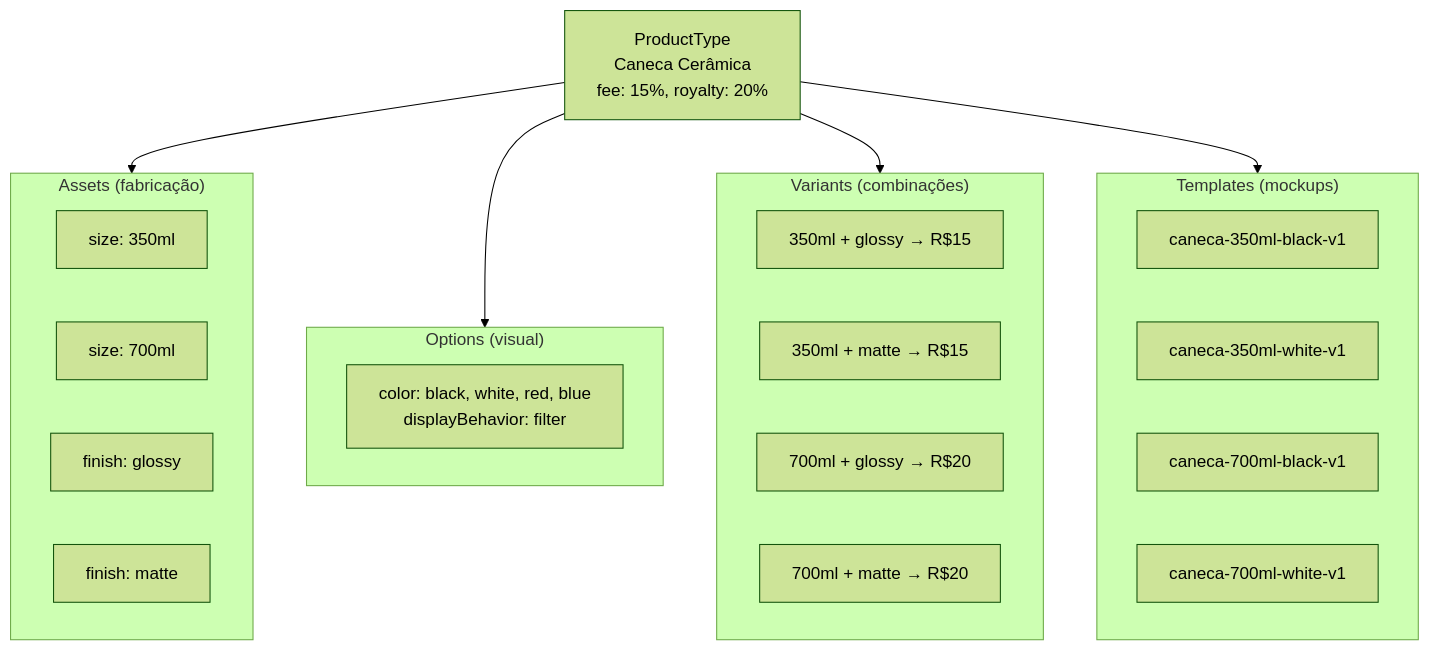
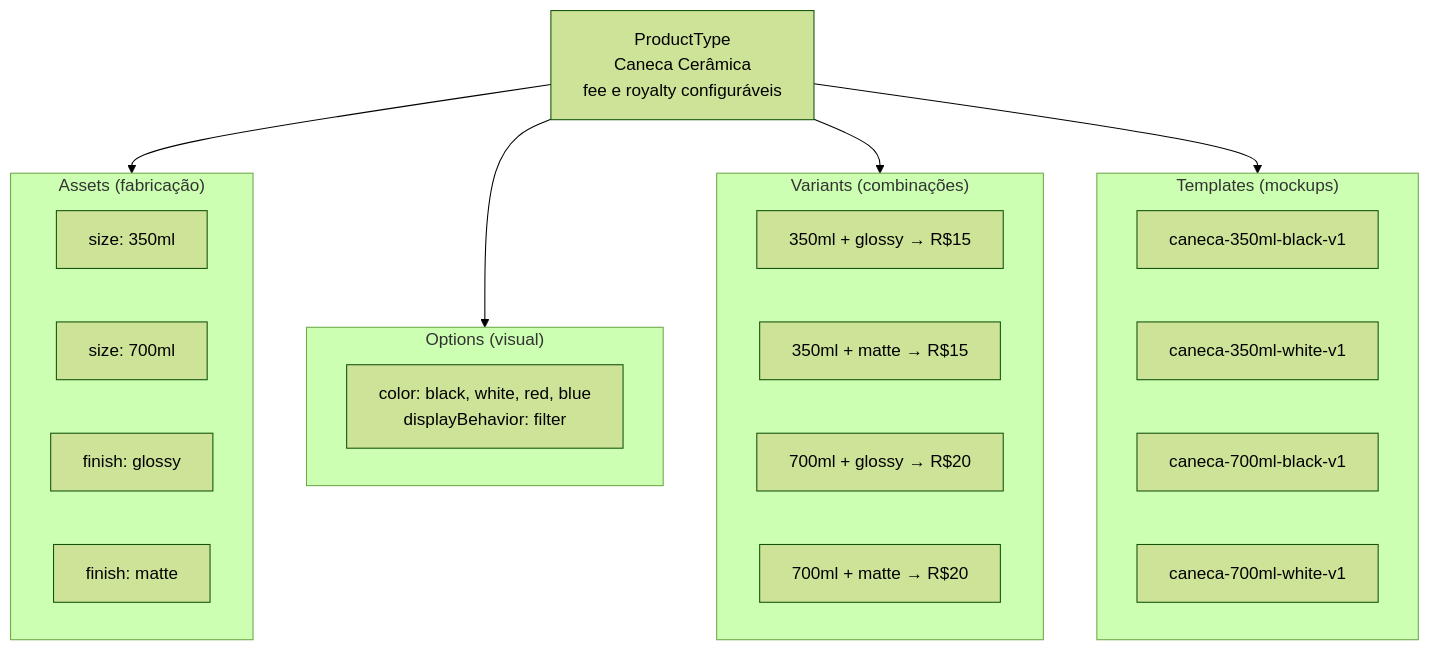
The third of 3 diagrams in docs/concepts/templates.md (ken-okubo/labanana-docs), drawn with Mermaid (forest theme) before and after one commit. The commit also changed other lines of this file and 47 other files, not shown here.

````diff
--- a/docs/concepts/templates.md
+++ b/docs/concepts/templates.md
@@ -120,34 +154,34 @@
 ```mermaid
 graph TD
-    PT["ProductType<br/>Caneca Cerâmica<br/>fee: 15%, royalty: 20%"]
+    PT["ProductType<br/>Caneca Cerâmica<br/>fee e royalty configuráveis"]
 
     PT --> Assets
     PT --> Options
     PT --> Variants
     PT --> Templates
 
     subgraph Assets["Assets (fabricação)"]
         A1["size: 350ml"]
         A2["size: 700ml"]
         A3["finish: glossy"]
         A4["finish: matte"]
     end
 
     subgraph Options["Options (visual)"]
         O1["color: black, white, red, blue<br/>displayBehavior: filter"]
     end
 
     subgraph Variants["Variants (combinações)"]
         V1["350ml + glossy → R$15"]
         V2["350ml + matte → R$15"]
         V3["700ml + glossy → R$20"]
         V4["700ml + matte → R$20"]
     end
 
     subgraph Templates["Templates (mockups)"]
         T1["caneca-350ml-black-v1"]
         T2["caneca-350ml-white-v1"]
         T3["caneca-700ml-black-v1"]
         T4["caneca-700ml-white-v1"]
     end
 ```
````
